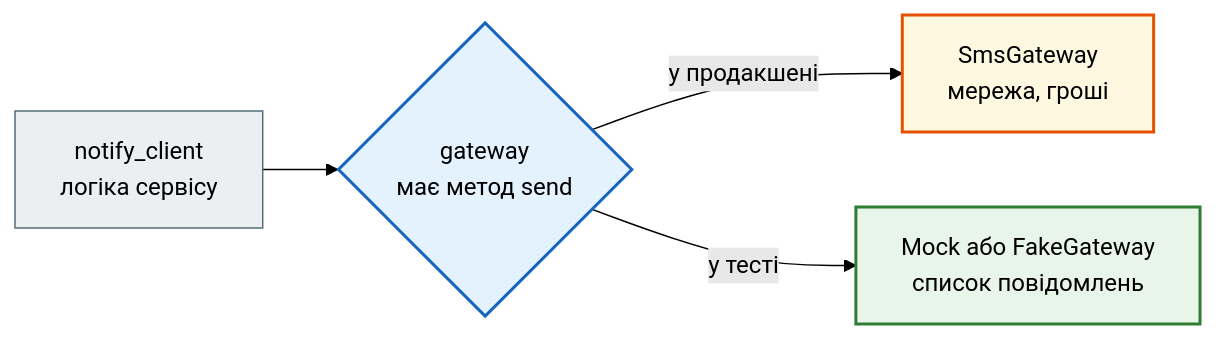
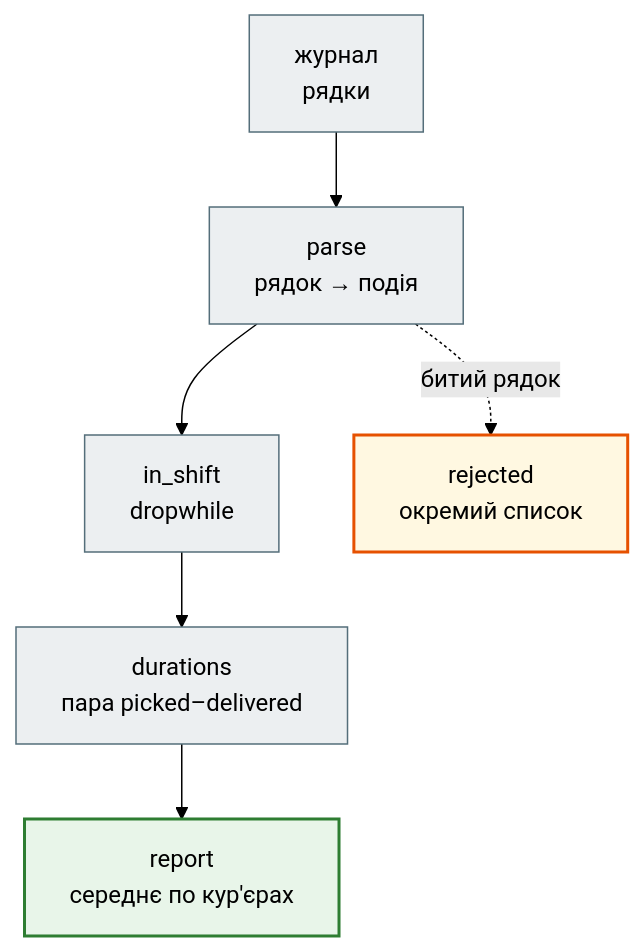
One commit to AlinaRadchenko/PY-Course-Victor-Nikoriak-22-09-2026 changed the third of 4 diagrams in docs/modules/m2/lesson_25.md. Above: the diagram before and after it, drawn with Mermaid (forest theme). The commit also changed other lines of this file and 1846 other files, not shown here.

````diff
--- a/docs/modules/m2/lesson_25.md
+++ b/docs/modules/m2/lesson_25.md
@@ -587,17 +538,18 @@
 ```mermaid
-flowchart LR
+flowchart TD
     classDef step     fill:#eceff1,stroke:#546e7a,stroke-width:1px;
     classDef decision fill:#e3f2fd,stroke:#1565c0,stroke-width:2px;
     classDef success  fill:#e8f5e9,stroke:#2e7d32,stroke-width:2px;
     classDef error    fill:#ffebee,stroke:#c62828,stroke-width:3px;
     classDef warning  fill:#fff8e1,stroke:#e65100,stroke-width:2px;
 
-    N["notify_client<br>логіка сервісу"] --> G{"gateway<br>має метод send"}
-    G -- "у продакшені" --> REAL["SmsGateway<br>мережа, гроші"]
-    G -- "у тесті" --> FAKE["Mock або FakeGateway<br>список повідомлень"]
+    SRC["журнал<br>рядки"] --> P["parse<br>рядок → подія"]
+    P --> S["in_shift<br>dropwhile"]
+    S --> D["durations<br>пара picked–delivered"]
+    D --> R["report<br>середнє по кур'єрах"]
+    P -. "битий рядок" .-> REJ["rejected<br>окремий список"]
 
-    class N step
-    class G decision
-    class REAL warning
-    class FAKE success
+    class SRC,P,S,D step
+    class R success
+    class REJ warning
 ```
````
